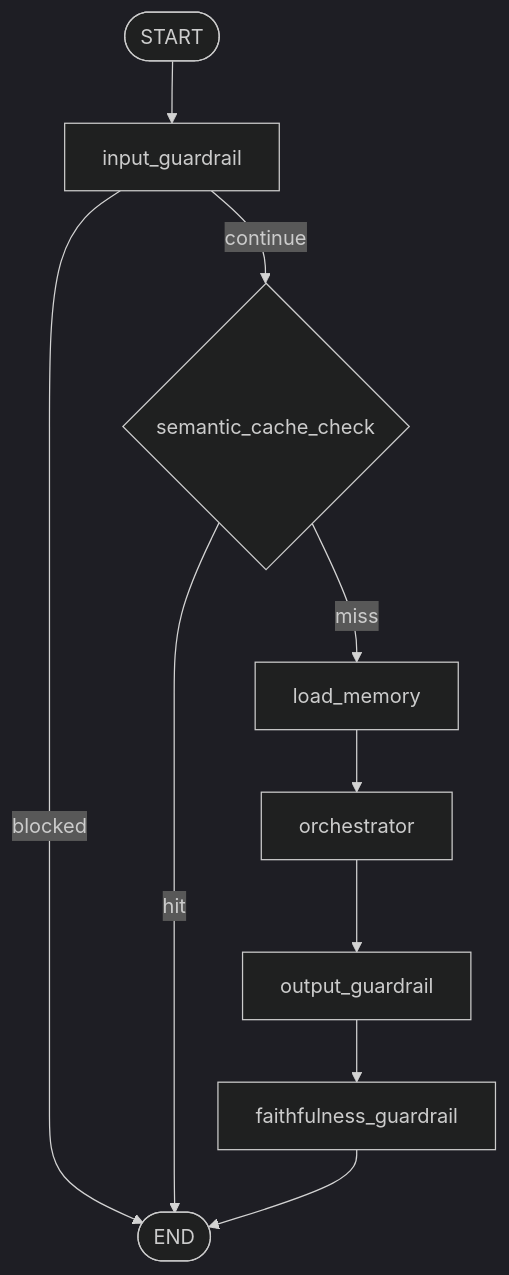
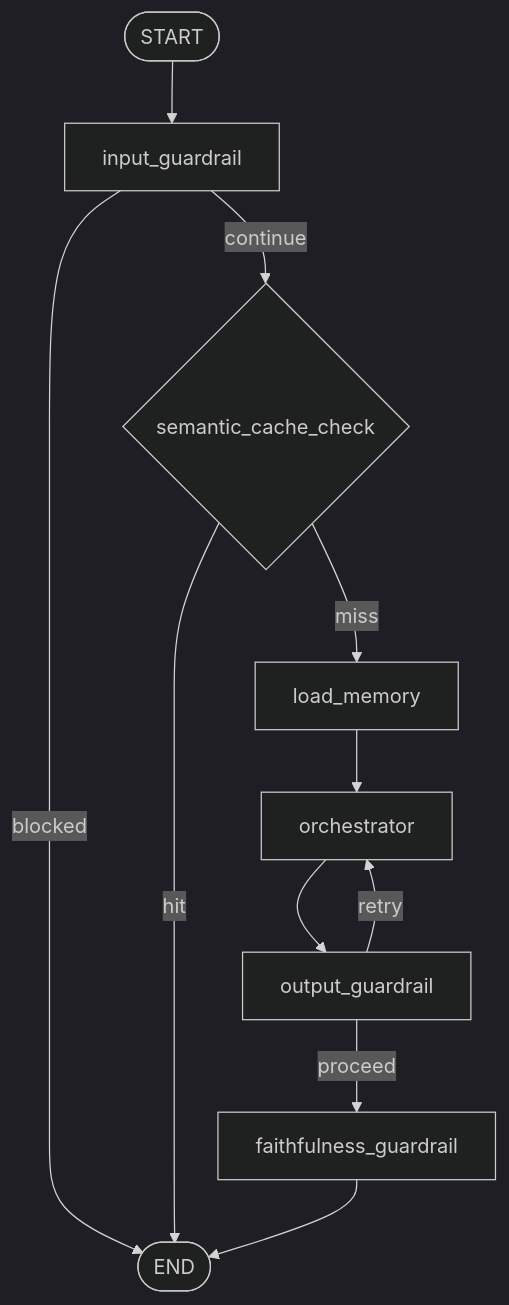
One commit to BeketML/ZimShire changed the second of 2 diagrams in docs/agent_architecture.md. Above: the diagram before and after it, drawn with Mermaid (dark theme). The commit also changed other lines of this file and 12 other files, not shown here.

````diff
--- a/docs/agent_architecture.md
+++ b/docs/agent_architecture.md
@@ -178,21 +214,22 @@
 ```mermaid
 flowchart TB
     START([START])
     ING[input_guardrail]
     CACHE{semantic_cache_check}
     MEM[load_memory]
     ORCH[orchestrator]
     OUTG[output_guardrail]
     FAITH[faithfulness_guardrail]
     ENDNODE([END])
 
     START --> ING
     ING -->|blocked| ENDNODE
     ING -->|continue| CACHE
     CACHE -->|hit| ENDNODE
     CACHE -->|miss| MEM
     MEM --> ORCH
     ORCH --> OUTG
-    OUTG --> FAITH
+    OUTG -->|retry| ORCH
+    OUTG -->|proceed| FAITH
     FAITH --> ENDNODE
 ```
````
